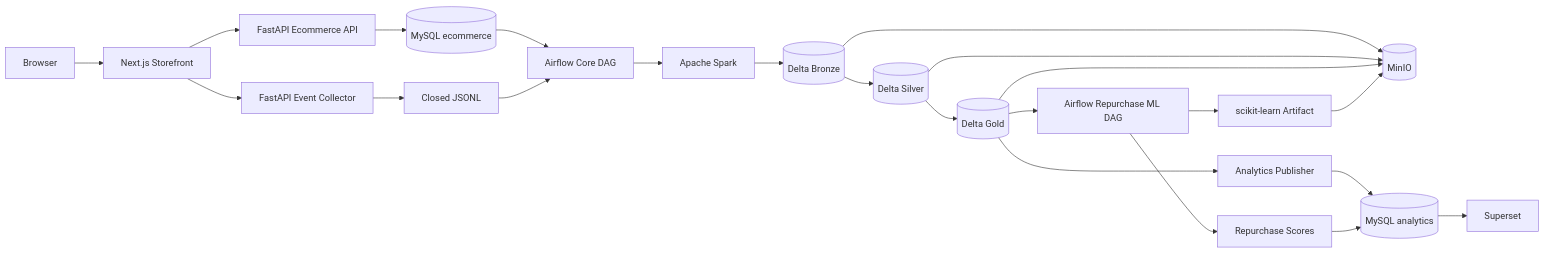
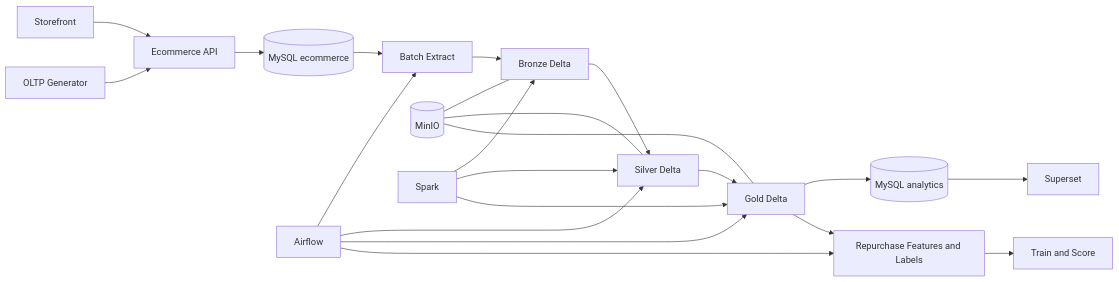
One commit to DanhTrannn/TLCN changed the diagram in PROJECT_STRUCTURE.md. Above: the diagram before and after it, drawn with Mermaid. The commit also changed other lines of this file and 155 other files, not shown here.

Commit message:
feat(tlcn): complete OLTP ecommerce platform and synthetic data workflow

````diff
--- a/PROJECT_STRUCTURE.md
+++ b/PROJECT_STRUCTURE.md
@@ -11,28 +18,24 @@
 ```mermaid
 flowchart LR
-    Browser --> Storefront[Next.js Storefront]
-    Storefront --> API[FastAPI Ecommerce API]
-    Storefront --> Collector[FastAPI Event Collector]
+    Browser[Storefront] --> API[Ecommerce API]
     API --> OLTP[(MySQL ecommerce)]
-    Collector --> JSONL[Closed JSONL]
-
-    OLTP --> CoreDAG[Airflow Core DAG]
-    JSONL --> CoreDAG
-    CoreDAG --> Spark[Apache Spark]
-    Spark --> Bronze[(Delta Bronze)]
-    Bronze --> Silver[(Delta Silver)]
-    Silver --> Gold[(Delta Gold)]
-    Bronze --> MinIO[(MinIO)]
-    Silver --> MinIO
-    Gold --> MinIO
-
-    Gold --> Publisher[Analytics Publisher]
-    Publisher --> Analytics[(MySQL analytics)]
-    Analytics --> Superset[Superset]
-
-    Gold --> MLDAG[Airflow Repurchase ML DAG]
-    MLDAG --> Model[scikit-learn Artifact]
-    Model --> MinIO
-    MLDAG --> Scores[Repurchase Scores]
-    Scores --> Analytics
+    Generator[OLTP Generator] --> API
+    OLTP --> Extract[Batch Extract]
+    Extract --> Bronze[Bronze Delta]
+    Bronze --> Silver[Silver Delta]
+    Silver --> Gold[Gold Delta]
+    Gold --> Publish[(MySQL analytics)]
+    Publish --> BI[Superset]
+    Gold --> Features[Repurchase Features and Labels]
+    Features --> Model[Train and Score]
+    Airflow[Airflow] --> Extract
+    Airflow --> Silver
+    Airflow --> Gold
+    Airflow --> Features
+    MinIO[(MinIO)] --- Bronze
+    MinIO --- Silver
+    MinIO --- Gold
+    Spark[Spark] --> Bronze
+    Spark --> Silver
+    Spark --> Gold
 ```
````
